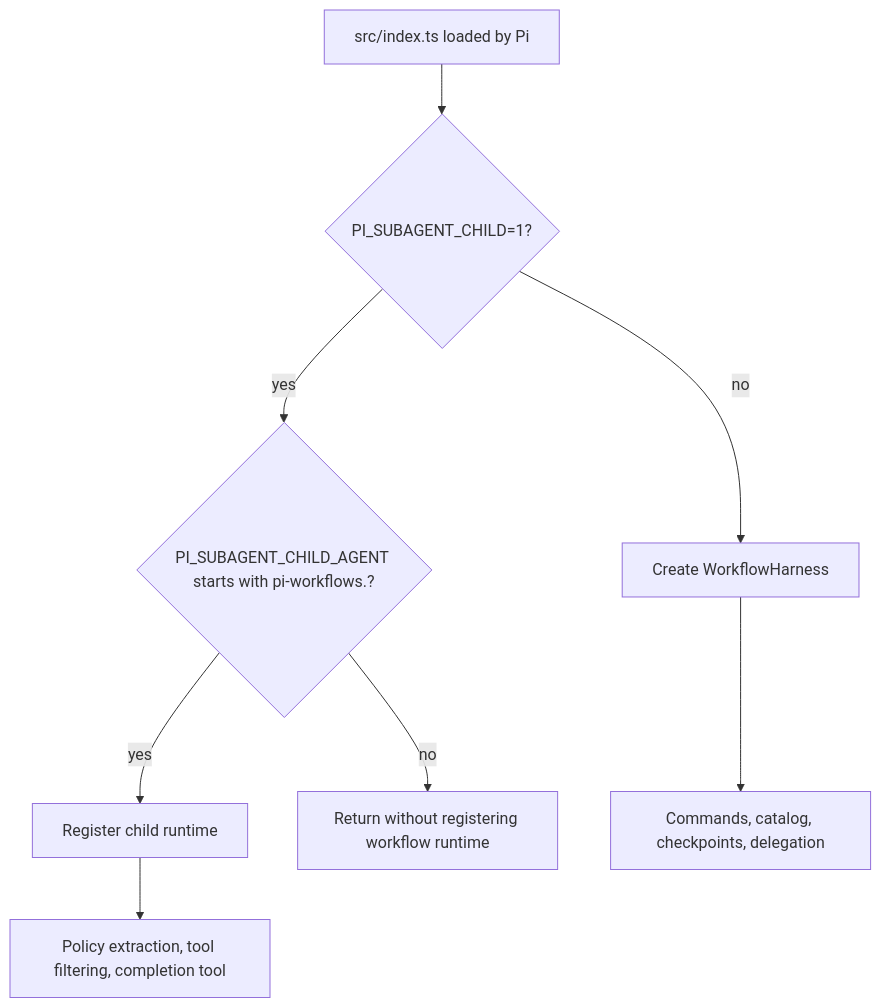
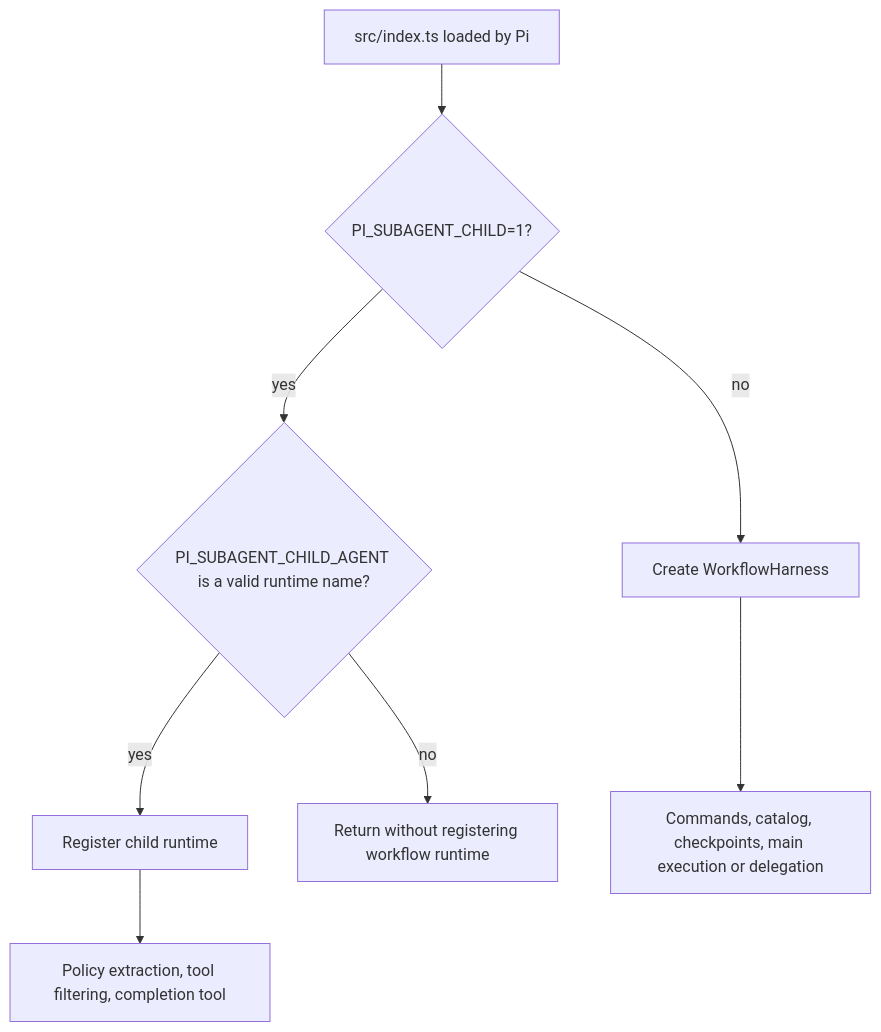
Before and after one commit to wichayutdew/pi-workflows: the second of 5 diagrams in openwiki/architecture/overview.md, drawn with Mermaid. The commit also changed other lines of this file and 84 other files, not shown here.

````diff
--- a/openwiki/architecture/overview.md
+++ b/openwiki/architecture/overview.md
@@ -36,12 +41,12 @@
 ```mermaid
 flowchart TD
   Start[src/index.ts loaded by Pi]
   Start --> ChildEnv{PI_SUBAGENT_CHILD=1?}
   ChildEnv -- no --> Parent[Create WorkflowHarness]
-  ChildEnv -- yes --> NameOk{PI_SUBAGENT_CHILD_AGENT starts with pi-workflows.?}
+  ChildEnv -- yes --> NameOk{PI_SUBAGENT_CHILD_AGENT is a valid runtime name?}
   NameOk -- yes --> Child[Register child runtime]
   NameOk -- no --> Noop[Return without registering workflow runtime]
 
-  Parent --> ParentWork[Commands, catalog, checkpoints, delegation]
+  Parent --> ParentWork[Commands, catalog, checkpoints, main execution or delegation]
   Child --> ChildWork[Policy extraction, tool filtering, completion tool]
 ```
````
